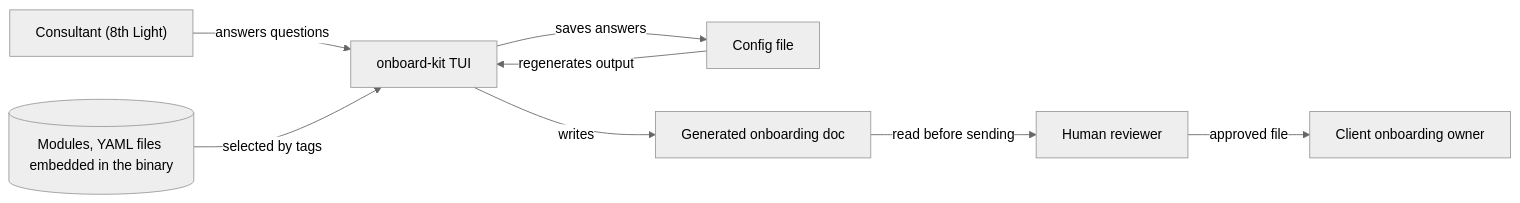
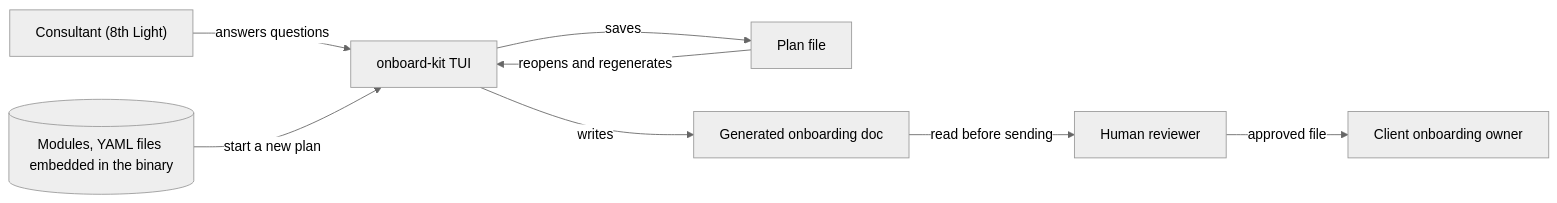
The diagram in docs/architecture/01-context.md (8thlight-daveloper/onboard-kit), drawn with Mermaid (neutral theme) before and after one commit. The commit also changed other lines of this file and 10 other files, not shown here.

````diff
--- a/docs/architecture/01-context.md
+++ b/docs/architecture/01-context.md
@@ -12,18 +12,18 @@
 ```mermaid
 flowchart LR
     consultant["Consultant (8th Light)"]
     kit["onboard-kit TUI"]
     modules[("Modules, YAML files embedded in the binary")]
-    config["Config file"]
+    plan["Plan file"]
     doc["Generated onboarding doc"]
     reviewer["Human reviewer"]
     client["Client onboarding owner"]
 
     consultant -->|answers questions| kit
-    modules -->|selected by tags| kit
-    kit -->|saves answers| config
-    config -->|regenerates output| kit
+    modules -->|start a new plan| kit
+    kit -->|saves| plan
+    plan -->|reopens and regenerates| kit
     kit -->|writes| doc
     doc -->|read before sending| reviewer
     reviewer -->|approved file| client
 ```
````
